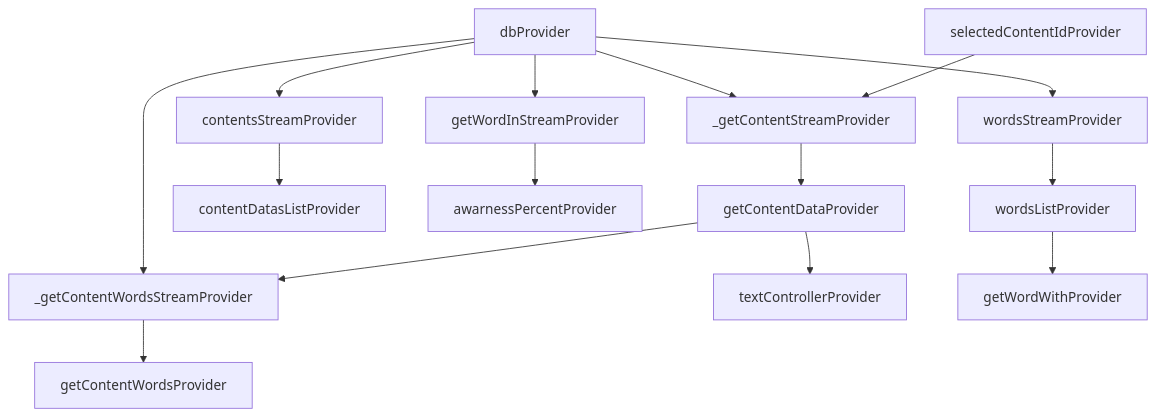
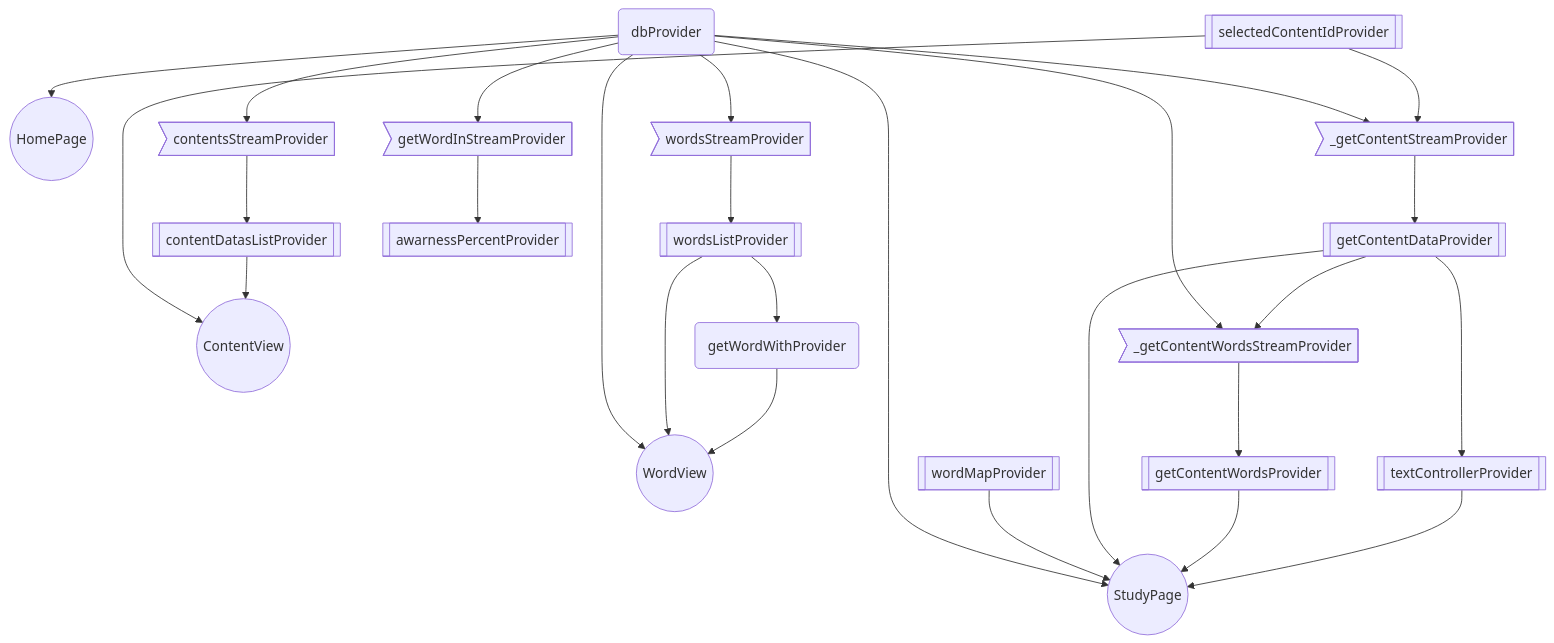
Before and after one commit to hpn33/landlearn: the diagram in riverpod_diagram.md, drawn with Mermaid. The commit also changed 2 other files, not shown here.

Commit message:
show knowing of word on text

````diff
--- a/riverpod_diagram.md
+++ b/riverpod_diagram.md
@@ -2,35 +2,54 @@
 ```mermaid
 graph TD;
 
 
 
+9(dbProvider) --> 3((HomePage)) ;
 
-dbProvider --> _getContentStreamProvider ;
-selectedContentIdProvider --> _getContentStreamProvider ;
-
-_getContentStreamProvider --> getContentDataProvider ;
-
-dbProvider --> _getContentWordsStreamProvider ;
-getContentDataProvider --> _getContentWordsStreamProvider ;
-
-_getContentWordsStreamProvider --> getContentWordsProvider ;
-
-getContentDataProvider --> textControllerProvider ;
-
-dbProvider --> contentsStreamProvider ;
-
-contentsStreamProvider --> contentDatasListProvider ;
-
-dbProvider --> getWordInStreamProvider ;
-
-getWordInStreamProvider --> awarnessPercentProvider ;
+9(dbProvider) --> 4((StudyPage)) ;
+10[[wordMapProvider]] --> 4((StudyPage)) ;
+13[[getContentDataProvider]] --> 4((StudyPage)) ;
+15[[getContentWordsProvider]] --> 4((StudyPage)) ;
+16[[textControllerProvider]] --> 4((StudyPage)) ;
 
 
-dbProvider --> wordsStreamProvider ;
 
-wordsStreamProvider --> wordsListProvider ;
+9(dbProvider) --> 7((WordView)) ;
+23[[wordsListProvider]] --> 7((WordView)) ;
+24(getWordWithProvider) --> 7((WordView)) ;
 
-wordsListProvider --> getWordWithProvider ;
+11[[selectedContentIdProvider]] --> 8((ContentView)) ;
+18[[contentDatasListProvider]] --> 8((ContentView)) ;
+
+
+
+
+9(dbProvider) --> 12>_getContentStreamProvider] ;
+11[[selectedContentIdProvider]] --> 12>_getContentStreamProvider] ;
+
+12>_getContentStreamProvider] --> 13[[getContentDataProvider]] ;
+
+9(dbProvider) --> 14>_getContentWordsStreamProvider] ;
+13[[getContentDataProvider]] --> 14>_getContentWordsStreamProvider] ;
+
+14>_getContentWordsStreamProvider] --> 15[[getContentWordsProvider]] ;
+
+13[[getContentDataProvider]] --> 16[[textControllerProvider]] ;
+
+9(dbProvider) --> 17>contentsStreamProvider] ;
+
+17>contentsStreamProvider] --> 18[[contentDatasListProvider]] ;
+
+9(dbProvider) --> 19>getWordInStreamProvider] ;
+
+19>getWordInStreamProvider] --> 20[[awarnessPercentProvider]] ;
+
+
+9(dbProvider) --> 22>wordsStreamProvider] ;
+
+22>wordsStreamProvider] --> 23[[wordsListProvider]] ;
+
+23[[wordsListProvider]] --> 24(getWordWithProvider) ;
 
 
 ```
````
